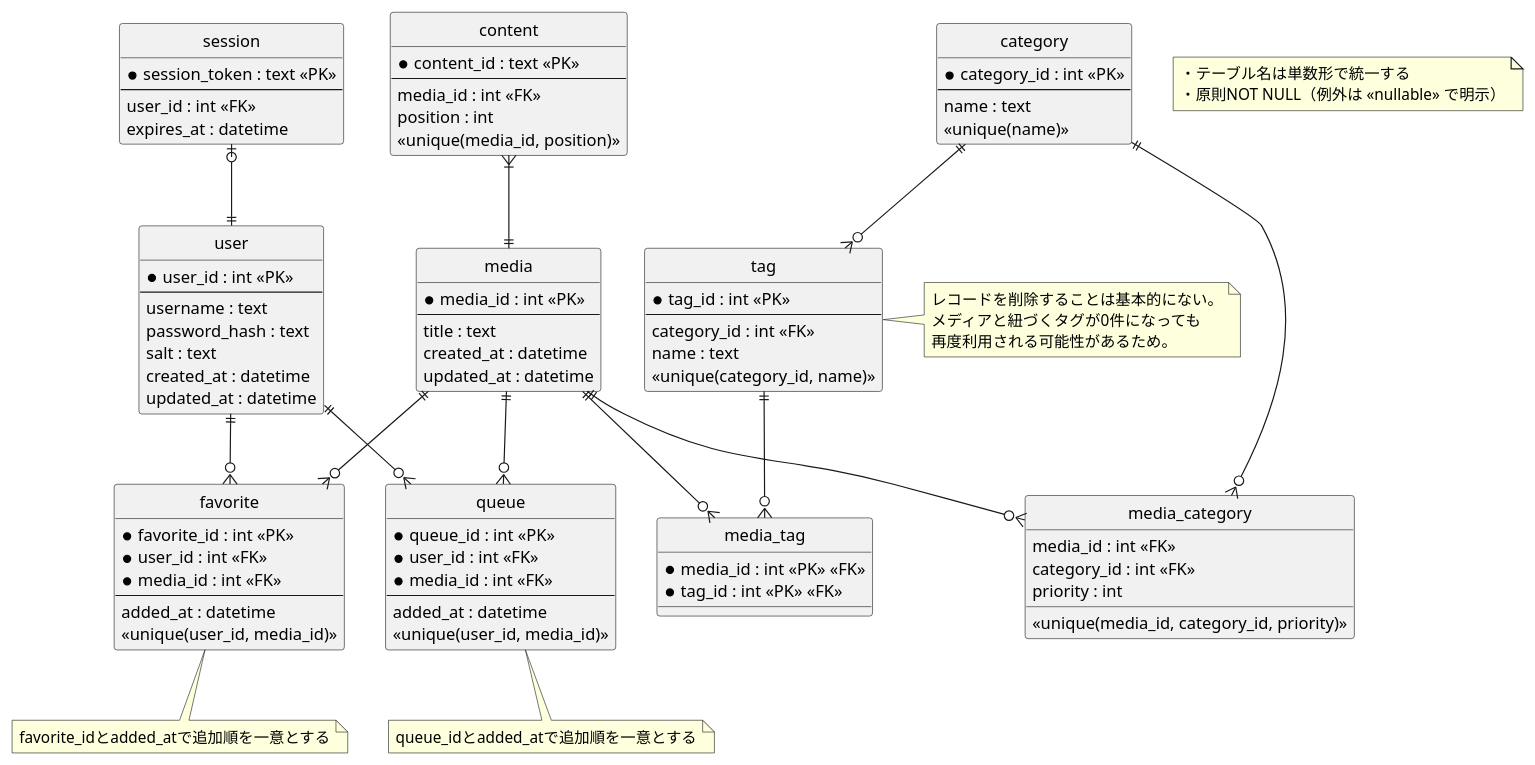
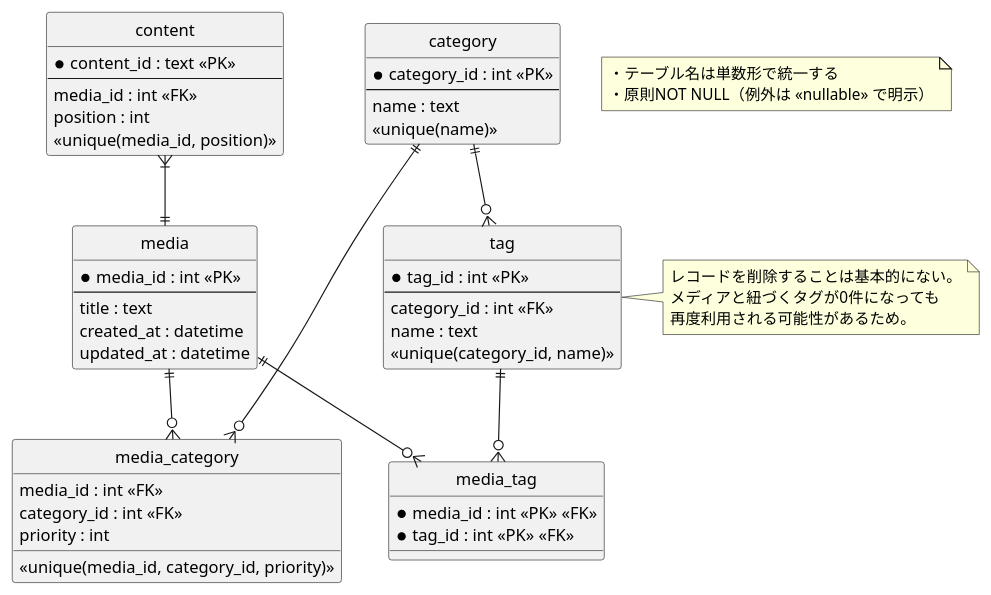
Before and after one commit to hachimitu22/MangaViewer: the diagram in doc/7_infrastructure/database/er.puml, drawn with PlantUML. The commit also changed 26 other files, not shown here.

```diff
--- a/doc/7_infrastructure/database/er.puml
+++ b/doc/7_infrastructure/database/er.puml
@@ -1,106 +1,64 @@
 @startuml
 
 hide circle
 
 note as G1
   ・テーブル名は単数形で統一する
   ・原則NOT NULL（例外は <<nullable>> で明示）
 end note
-
-entity session {
-  *session_token : text <<PK>>
-  --
-  user_id : int <<FK>>
-  expires_at : datetime
-}
-
-entity user {
-  *user_id : int <<PK>>
-  --
-  username : text
-  password_hash : text
-  salt : text
-  created_at : datetime
-  updated_at : datetime
-}
 
 entity media {
   *media_id : int <<PK>>
   --
   title : text
   created_at : datetime
   updated_at : datetime
 }
 
 entity content {
   *content_id : text <<PK>>
   --
   media_id : int <<FK>>
   position : int
   <<unique(media_id, position)>>
 }
-
-entity favorite {
-  *favorite_id : int <<PK>>
-  *user_id : int <<FK>>
-  *media_id : int <<FK>>
-  --
-  added_at : datetime
-  <<unique(user_id, media_id)>>
-}
-note bottom: favorite_idとadded_atで追加順を一意とする
-
-entity queue {
-  *queue_id : int <<PK>>
-  *user_id : int <<FK>>
-  *media_id : int <<FK>>
-  --
-  added_at : datetime
-  <<unique(user_id, media_id)>>
-}
-note bottom: queue_idとadded_atで追加順を一意とする
 
 entity category {
   *category_id : int <<PK>>
   --
   name : text
   <<unique(name)>>
 }
 
 entity tag {
   *tag_id : int <<PK>>
   --
   category_id : int <<FK>>
   name : text
   <<unique(category_id, name)>>
 }
 note right
   レコードを削除することは基本的にない。
   メディアと紐づくタグが0件になっても
   再度利用される可能性があるため。
 end note
 
 entity media_tag {
   *media_id : int <<PK>> <<FK>>
   *tag_id : int <<PK>> <<FK>>
 }
 
 entity media_category {
   media_id : int <<FK>>
   category_id : int <<FK>>
   priority : int
   <<unique(media_id, category_id, priority)>>
 }
 
-session |o--|| user
-user ||--o{ favorite
-user ||--o{ queue
 media ||-u-|{ content
-media ||--o{ favorite
-media ||--o{ queue
 media ||--o{ media_tag
 media ||--o{ media_category
 tag ||--o{ media_tag
 category ||--o{ media_category
 category ||--o{ tag
 @enduml
```
